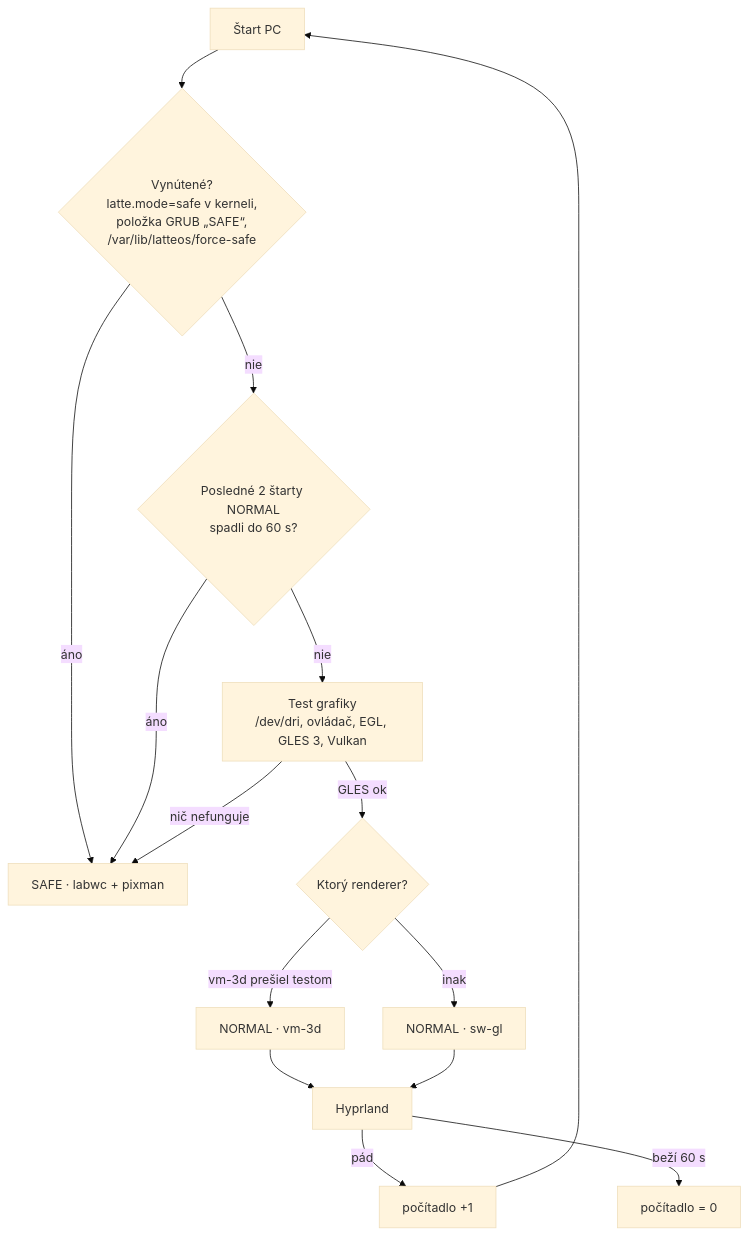
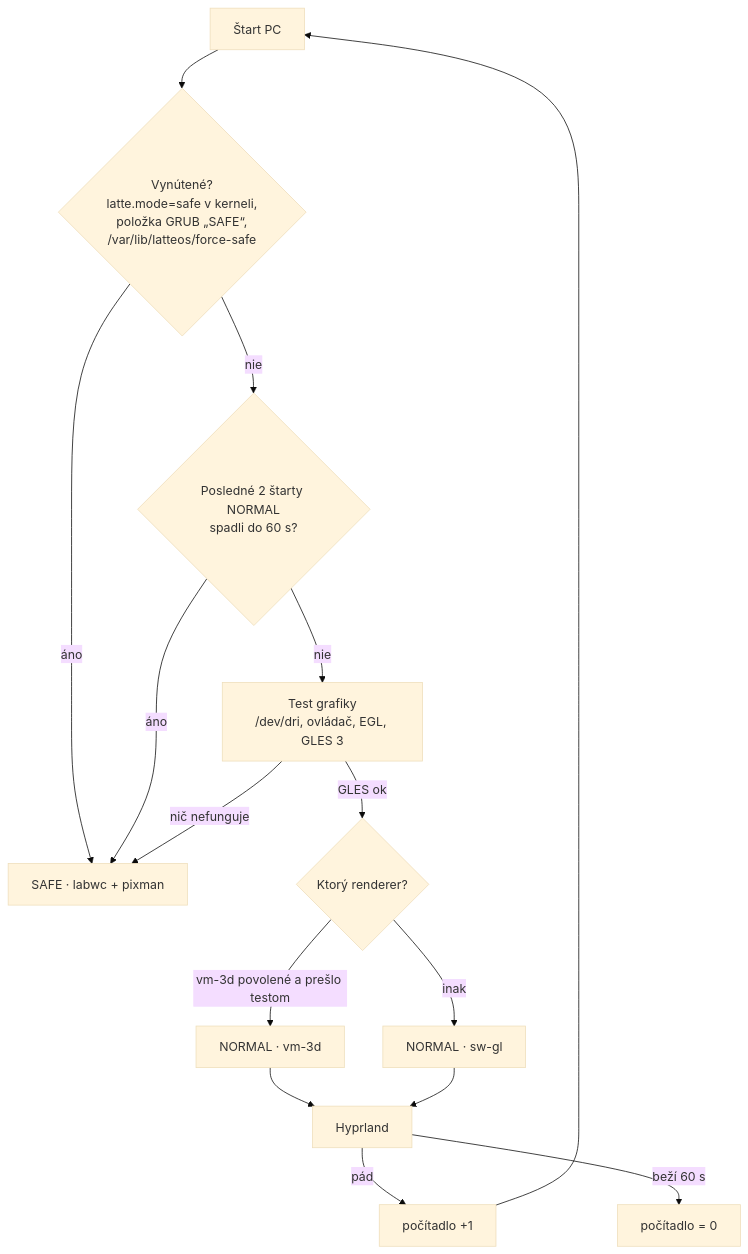
The second of 2 diagrams in ROADMAP.md (arkaysk/jihlavanka001), drawn with Mermaid (base theme) before and after one commit. The commit also changed other lines of this file and 34 other files, not shown here.

````diff
--- a/ROADMAP.md
+++ b/ROADMAP.md
@@ -71,16 +127,16 @@
 ```mermaid
 flowchart TD
   B[Štart PC] --> M{Vynútené?<br/>latte.mode=safe v kerneli,<br/>položka GRUB „SAFE“,<br/>/var/lib/latteos/force-safe}
   M -- áno --> SAFE
   M -- nie --> C{Posledné 2 štarty NORMAL<br/>spadli do 60 s?}
   C -- áno --> SAFE
-  C -- nie --> P[Test grafiky<br/>/dev/dri, ovládač, EGL, GLES 3, Vulkan]
+  C -- nie --> P[Test grafiky<br/>/dev/dri, ovládač, EGL, GLES 3]
   P -- nič nefunguje --> SAFE
   P -- GLES ok --> R{Ktorý renderer?}
-  R -- vm-3d prešiel testom --> N3[NORMAL · vm-3d]
+  R -- vm-3d povolené a prešlo testom --> N3[NORMAL · vm-3d]
   R -- inak --> NS[NORMAL · sw-gl]
   N3 & NS --> H[Hyprland]
   H -- pád --> K[počítadlo +1] --> B
   H -- beží 60 s --> OK[počítadlo = 0]
   SAFE[SAFE · labwc + pixman]
 ```
````
